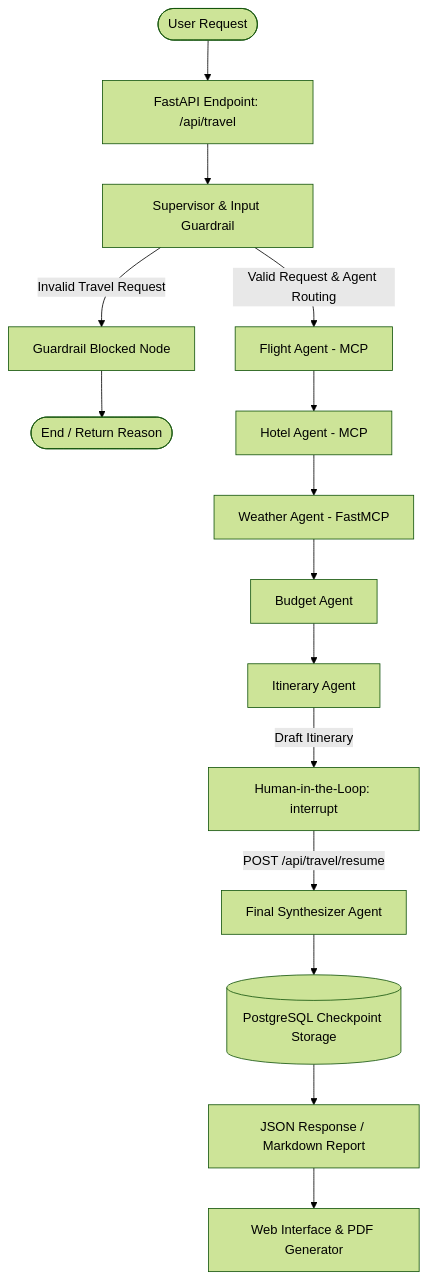
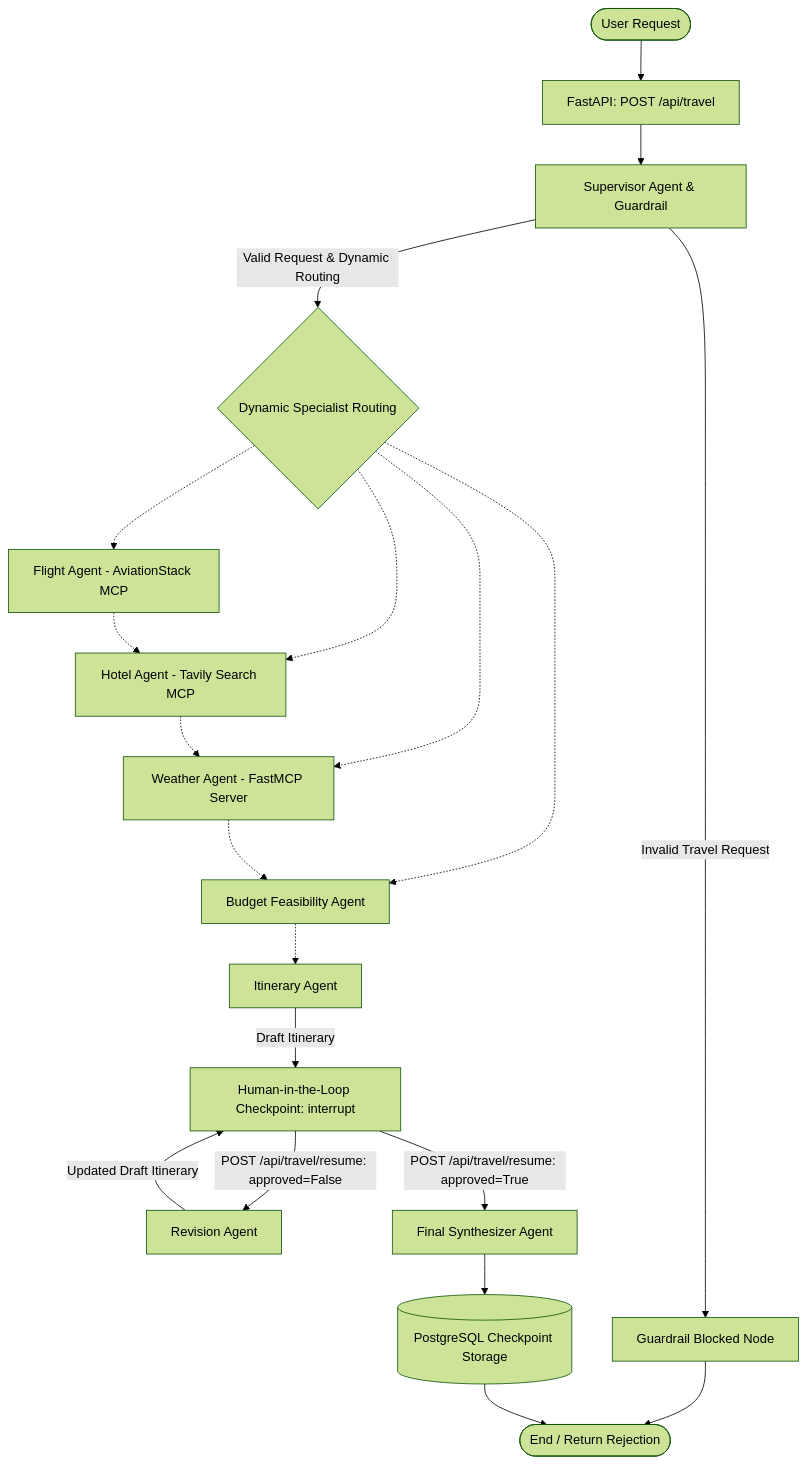
One commit to PrathmeshRanjan/tripmate-ai changed the diagram in README.md. Above: the diagram before and after it, drawn with Mermaid (forest theme). The commit also changed other lines of this file and 2 other files, not shown here.

Commit message:
Align UI and documentation with iterative review loop, dynamic routing, and MCP features

````diff
--- a/README.md
+++ b/README.md
@@ -17,20 +17,29 @@
 ```mermaid
 flowchart TD
-    User([User Request]) --> API[FastAPI Endpoint: /api/travel]
-    API --> Supervisor[Supervisor & Input Guardrail]
+    User([User Request]) --> API[FastAPI: POST /api/travel]
+    API --> Supervisor[Supervisor Agent & Guardrail]
     
     Supervisor -->|Invalid Travel Request| GuardrailBlocked[Guardrail Blocked Node]
-    GuardrailBlocked --> END([End / Return Reason])
+    GuardrailBlocked --> END([End / Return Rejection])
     
-    Supervisor -->|Valid Request & Agent Routing| FlightAgent[Flight Agent - MCP]
-    FlightAgent --> HotelAgent[Hotel Agent - MCP]
-    HotelAgent --> WeatherAgent[Weather Agent - FastMCP]
-    WeatherAgent --> BudgetAgent[Budget Agent]
-    BudgetAgent --> ItineraryAgent[Itinerary Agent]
+    Supervisor -->|Valid Request & Dynamic Routing| Specialists{Dynamic Specialist Routing}
     
-    ItineraryAgent -->|Draft Itinerary| HumanApproval[Human-in-the-Loop: interrupt]
-    HumanApproval -->|POST /api/travel/resume| FinalAgent[Final Synthesizer Agent]
+    Specialists -.-> FlightAgent[Flight Agent - AviationStack MCP]
+    Specialists -.-> HotelAgent[Hotel Agent - Tavily Search MCP]
+    Specialists -.-> WeatherAgent[Weather Agent - FastMCP Server]
+    Specialists -.-> BudgetAgent[Budget Feasibility Agent]
+    
+    FlightAgent -.-> HotelAgent
+    HotelAgent -.-> WeatherAgent
+    WeatherAgent -.-> BudgetAgent
+    BudgetAgent -.-> ItineraryAgent[Itinerary Agent]
+    
+    ItineraryAgent -->|Draft Itinerary| HumanApproval[Human-in-the-Loop Checkpoint: interrupt]
+    
+    HumanApproval -->|POST /api/travel/resume: approved=False| RevisionAgent[Revision Agent]
+    RevisionAgent -->|Updated Draft Itinerary| HumanApproval
+    
+    HumanApproval -->|POST /api/travel/resume: approved=True| FinalAgent[Final Synthesizer Agent]
     FinalAgent --> StateSave[(PostgreSQL Checkpoint Storage)]
-    StateSave --> Response[JSON Response / Markdown Report]
-    Response --> UI[Web Interface & PDF Generator]
+    StateSave --> END
 ```
````
